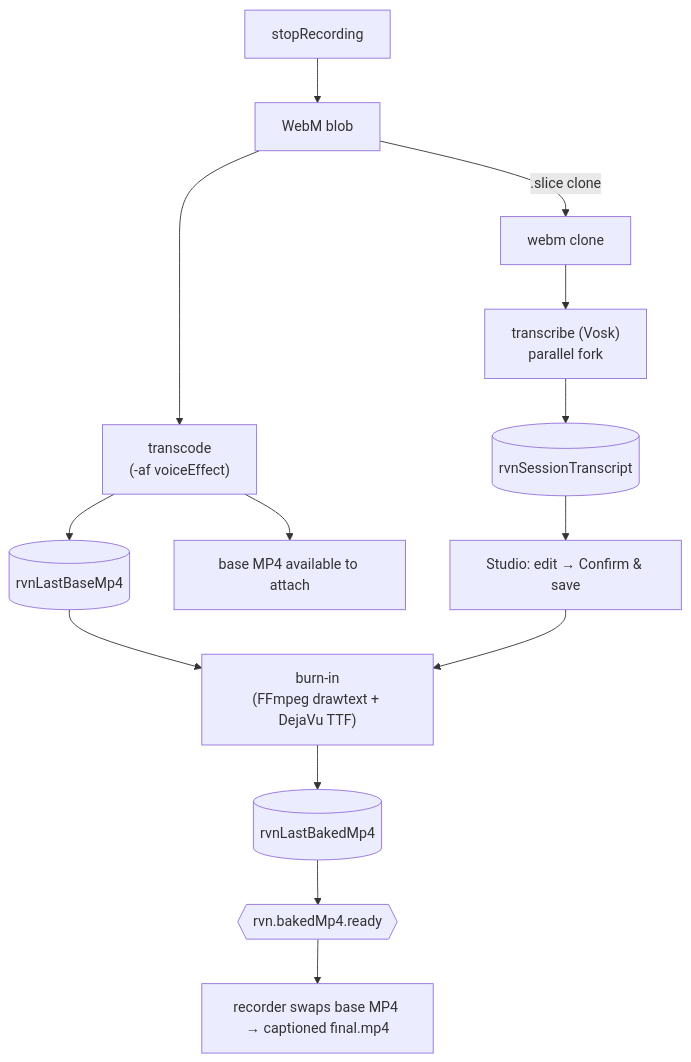
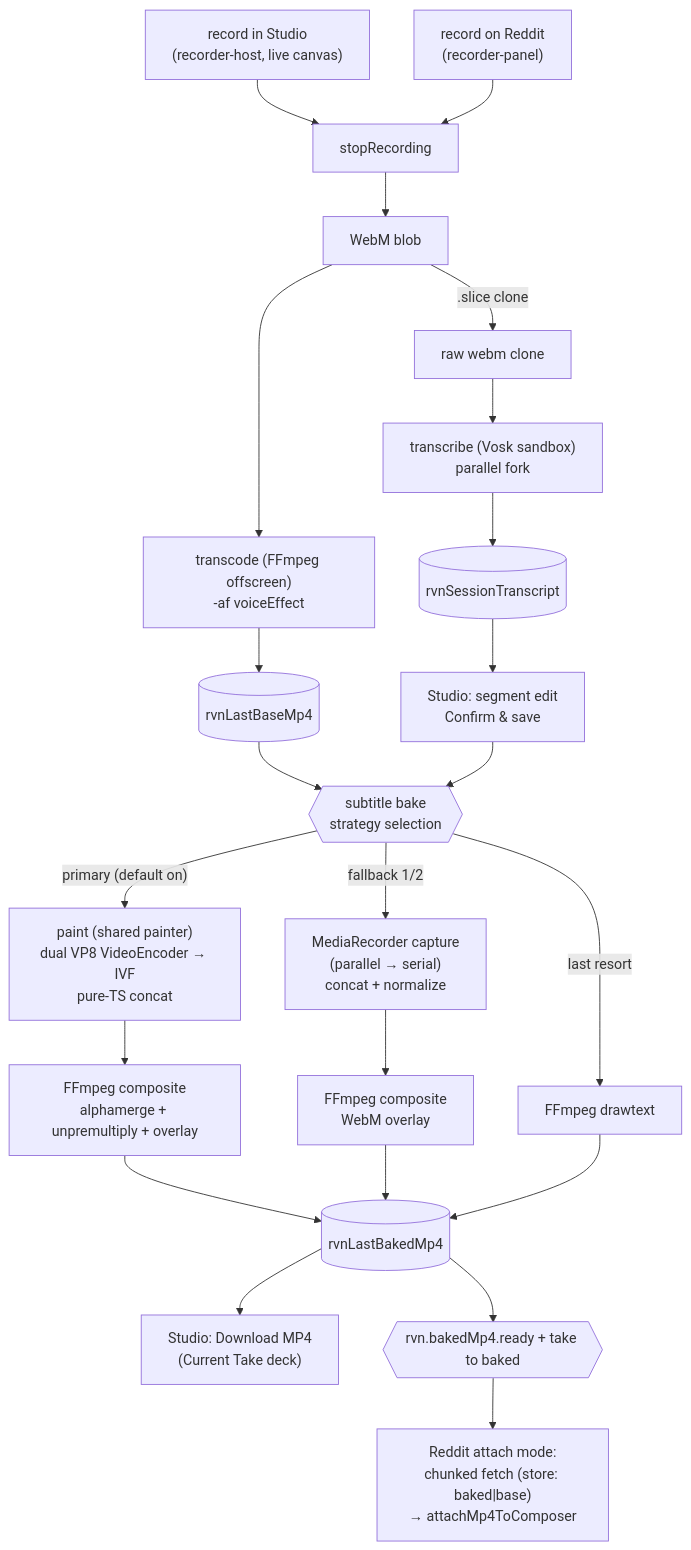
Before and after one commit to bra-khet/reddit-voice-notes-chrome: the second of 5 diagrams in docs/architecture/architecture-map.md, drawn with Mermaid. The commit also changed other lines of this file and 8 other files, not shown here.

First line of the commit message:
Sprint: architecture-hardening v2.0 refresh — map, seams, backlog, ADR-0002/0003

````diff
--- a/docs/architecture/architecture-map.md
+++ b/docs/architecture/architecture-map.md
@@ -75,16 +81,25 @@
 ```mermaid
 flowchart TD
-  STOP[stopRecording] --> WEBM[WebM blob]
-  WEBM -- ".slice clone" --> CLONE[webm clone]
-  WEBM --> TC["transcode<br/>(-af voiceEffect)"]
-  CLONE --> TR["transcribe (Vosk)<br/>parallel fork"]
+  RS["record in Studio<br/>(recorder-host, live canvas)"] --> STOP[stopRecording]
+  RR["record on Reddit<br/>(recorder-panel)"] --> STOP
+  STOP --> WEBM[WebM blob]
+  WEBM -- ".slice clone" --> CLONE[raw webm clone]
+  WEBM --> TC["transcode (FFmpeg offscreen)<br/>-af voiceEffect"]
+  CLONE --> TR["transcribe (Vosk sandbox)<br/>parallel fork"]
   TC --> BASE[(rvnLastBaseMp4)]
-  TC --> ATTACH1[base MP4 available to attach]
   TR --> SESS[(rvnSessionTranscript)]
+  SESS --> EDIT["Studio: segment edit<br/>Confirm & save"]
   BASE --> BAKE
-  SESS --> EDIT[Studio: edit → Confirm & save]
-  EDIT --> BAKE["burn-in<br/>(FFmpeg drawtext + DejaVu TTF)"]
-  BAKE --> BAKED[(rvnLastBakedMp4)]
-  BAKED --> SIG{{rvn.bakedMp4.ready}}
-  SIG --> ATTACH2[recorder swaps base MP4 → captioned final.mp4]
+  EDIT --> BAKE{{"subtitle bake<br/>strategy selection"}}
+  BAKE -- "primary (default on)" --> WC["paint (shared painter)<br/>dual VP8 VideoEncoder → IVF<br/>pure-TS concat"]
+  BAKE -- "fallback 1/2" --> MR["MediaRecorder capture<br/>(parallel → serial)<br/>concat + normalize"]
+  BAKE -- "last resort" --> DT["FFmpeg drawtext"]
+  WC --> COMP["FFmpeg composite<br/>alphamerge + unpremultiply + overlay"]
+  MR --> COMP2["FFmpeg composite<br/>WebM overlay"]
+  COMP --> BAKED[(rvnLastBakedMp4)]
+  COMP2 --> BAKED
+  DT --> BAKED
+  BAKED --> DECK["Studio: Download MP4<br/>(Current Take deck)"]
+  BAKED --> SIG{{"rvn.bakedMp4.ready + take to baked"}}
+  SIG --> ATTACH["Reddit attach mode:<br/>chunked fetch (store: baked|base)<br/>→ attachMp4ToComposer"]
 ```
````
